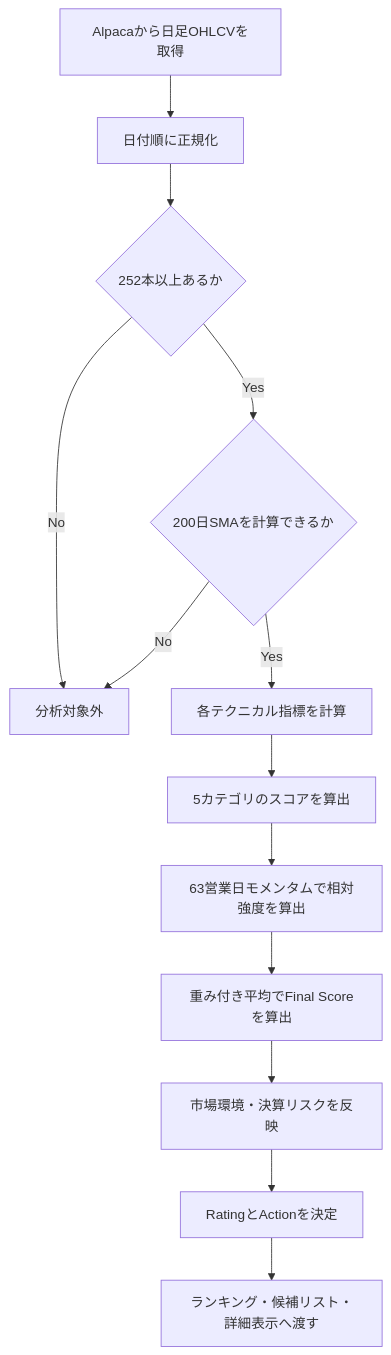
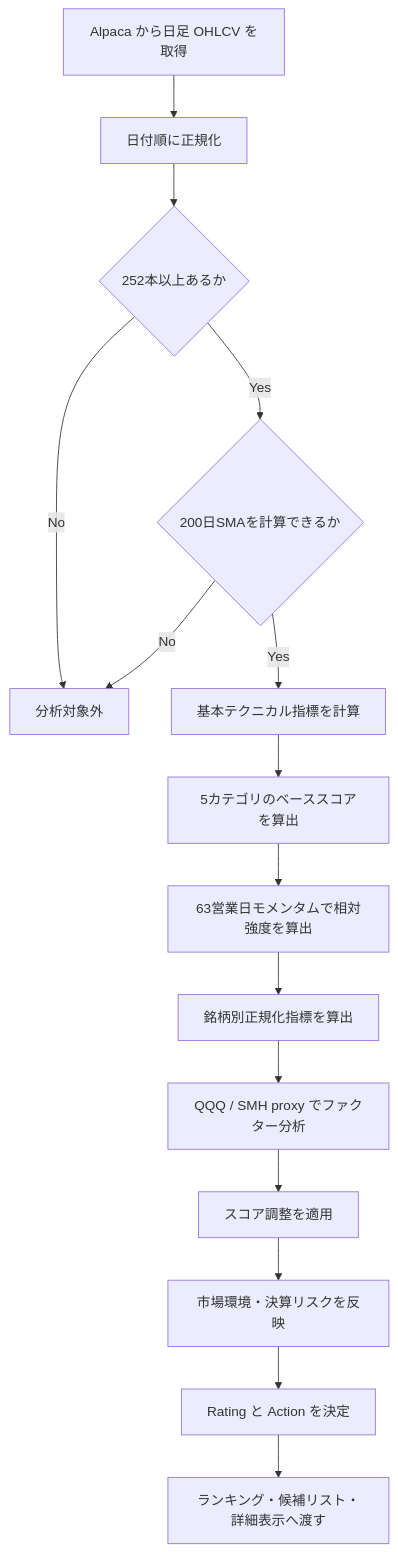
The first of 2 diagrams in docs/technical-logic.md (GtSt-jill/investment-app), drawn with Mermaid before and after one commit. The commit also changed other lines of this file and 18 other files, not shown here.

````diff
--- a/docs/technical-logic.md
+++ b/docs/technical-logic.md
@@ -13,15 +18,17 @@
 ```mermaid
 flowchart TD
-  A[Alpacaから日足OHLCVを取得] --> B[日付順に正規化]
-  B --> C{252本以上あるか}
-  C -- No --> X[分析対象外]
-  C -- Yes --> D{200日SMAを計算できるか}
+  A["Alpaca から日足 OHLCV を取得"] --> B["日付順に正規化"]
+  B --> C{"252本以上あるか"}
+  C -- No --> X["分析対象外"]
+  C -- Yes --> D{"200日SMAを計算できるか"}
   D -- No --> X
-  D -- Yes --> E[各テクニカル指標を計算]
-  E --> F[5カテゴリのスコアを算出]
-  F --> G[63営業日モメンタムで相対強度を算出]
-  G --> H[重み付き平均でFinal Scoreを算出]
-  H --> I[市場環境・決算リスクを反映]
-  I --> J[RatingとActionを決定]
-  J --> K[ランキング・候補リスト・詳細表示へ渡す]
+  D -- Yes --> E["基本テクニカル指標を計算"]
+  E --> F["5カテゴリのベーススコアを算出"]
+  F --> G["63営業日モメンタムで相対強度を算出"]
+  G --> H["銘柄別正規化指標を算出"]
+  H --> I["QQQ / SMH proxy でファクター分析"]
+  I --> J["スコア調整を適用"]
+  J --> K["市場環境・決算リスクを反映"]
+  K --> L["Rating と Action を決定"]
+  L --> M["ランキング・候補リスト・詳細表示へ渡す"]
 ```
````
